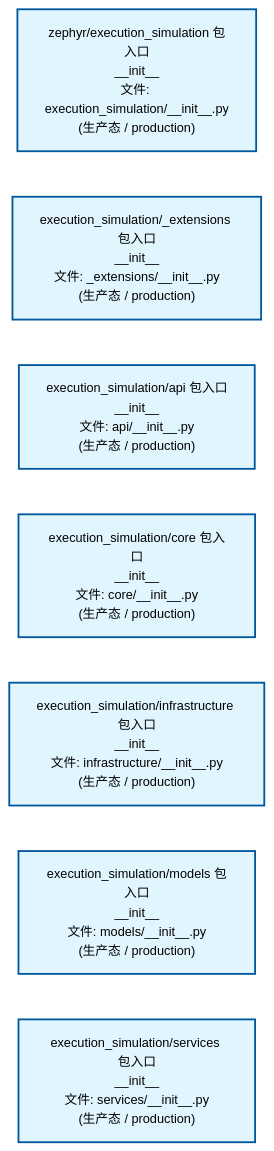
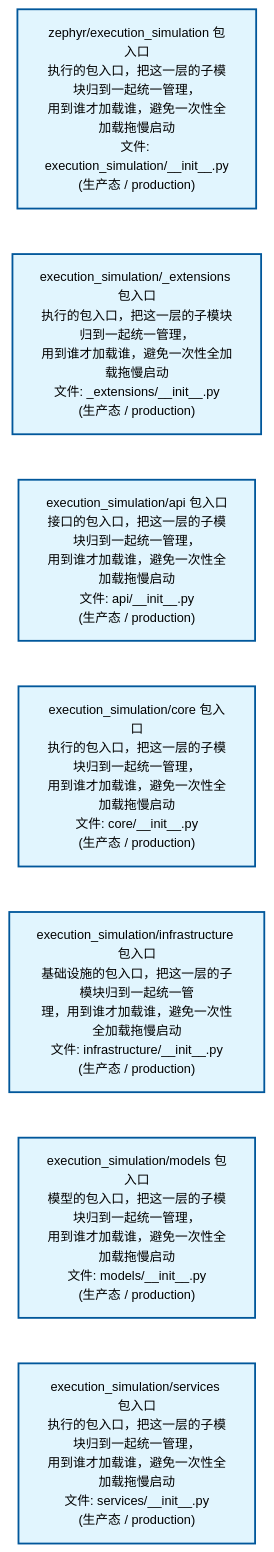
Before and after one commit to xuanFelixVan/ZephyrAlpha: the second of 2 diagrams in docs/02_enterprise_architecture/02_domain_architecture_docs/43_d_exec_sim.md, drawn with Mermaid. The commit also changed other lines of this file and 63 other files, not shown here.

````diff
--- a/docs/02_enterprise_architecture/02_domain_architecture_docs/43_d_exec_sim.md
+++ b/docs/02_enterprise_architecture/02_domain_architecture_docs/43_d_exec_sim.md
@@ -80,22 +80,22 @@
 ```mermaid
 %%{init: {'theme': 'base', 'themeVariables': {'primaryColor': '#eaeaea', 'primaryTextColor': '#333333', 'primaryBorderColor': '#666666', 'lineColor': '#666666', 'secondaryColor': '#eaeaea', 'tertiaryColor': '#eaeaea', 'fontSize': '14px'}}}%%
 flowchart TD
-    src_zephyr_execution_simulation_init_py["zephyr/execution_simulation 包入口<br/>__init__<br/>文件: execution_simulation/__init__.py<br/>(生产态 / production)"]
-    src_zephyr_execution_simulation_extensions_init_py["execution_simulation/_extensions 包入口<br/>__init__<br/>文件: _extensions/__init__.py<br/>(生产态 / production)"]
-    src_zephyr_execution_simulation_api_init_py["execution_simulation/api 包入口<br/>__init__<br/>文件: api/__init__.py<br/>(生产态 / production)"]
-    src_zephyr_execution_simulation_core_init_py["execution_simulation/core 包入口<br/>__init__<br/>文件: core/__init__.py<br/>(生产态 / production)"]
-    src_zephyr_execution_simulation_infrastructure_init_py["execution_simulation/infrastructure 包入口<br/>__init__<br/>文件: infrastructure/__init__.py<br/>(生产态 / production)"]
-    src_zephyr_execution_simulation_models_init_py["execution_simulation/models 包入口<br/>__init__<br/>文件: models/__init__.py<br/>(生产态 / production)"]
-    src_zephyr_execution_simulation_services_init_py["execution_simulation/services 包入口<br/>__init__<br/>文件: services/__init__.py<br/>(生产态 / production)"]
+    src_zephyr_execution_simulation_init_py["zephyr/execution_simulation 包入口<br/>执行的包入口，把这一层的子模块归到一起统一管理，<br/>用到谁才加载谁，避免一次性全加载拖慢启动<br/>文件: execution_simulation/__init__.py<br/>(生产态 / production)"]
+    src_zephyr_execution_simulation_extensions_init_py["execution_simulation/_extensions 包入口<br/>执行的包入口，把这一层的子模块归到一起统一管理，<br/>用到谁才加载谁，避免一次性全加载拖慢启动<br/>文件: _extensions/__init__.py<br/>(生产态 / production)"]
+    src_zephyr_execution_simulation_api_init_py["execution_simulation/api 包入口<br/>接口的包入口，把这一层的子模块归到一起统一管理，<br/>用到谁才加载谁，避免一次性全加载拖慢启动<br/>文件: api/__init__.py<br/>(生产态 / production)"]
+    src_zephyr_execution_simulation_core_init_py["execution_simulation/core 包入口<br/>执行的包入口，把这一层的子模块归到一起统一管理，<br/>用到谁才加载谁，避免一次性全加载拖慢启动<br/>文件: core/__init__.py<br/>(生产态 / production)"]
+    src_zephyr_execution_simulation_infrastructure_init_py["execution_simulation/infrastructure 包入口<br/>基础设施的包入口，把这一层的子模块归到一起统一管<br/>理，用到谁才加载谁，避免一次性全加载拖慢启动<br/>文件: infrastructure/__init__.py<br/>(生产态 / production)"]
+    src_zephyr_execution_simulation_models_init_py["execution_simulation/models 包入口<br/>模型的包入口，把这一层的子模块归到一起统一管理，<br/>用到谁才加载谁，避免一次性全加载拖慢启动<br/>文件: models/__init__.py<br/>(生产态 / production)"]
+    src_zephyr_execution_simulation_services_init_py["execution_simulation/services 包入口<br/>执行的包入口，把这一层的子模块归到一起统一管理，<br/>用到谁才加载谁，避免一次性全加载拖慢启动<br/>文件: services/__init__.py<br/>(生产态 / production)"]
     src_zephyr_execution_simulation_init_py ~~~ src_zephyr_execution_simulation_extensions_init_py
     src_zephyr_execution_simulation_extensions_init_py ~~~ src_zephyr_execution_simulation_api_init_py
     src_zephyr_execution_simulation_api_init_py ~~~ src_zephyr_execution_simulation_core_init_py
     src_zephyr_execution_simulation_core_init_py ~~~ src_zephyr_execution_simulation_infrastructure_init_py
     src_zephyr_execution_simulation_infrastructure_init_py ~~~ src_zephyr_execution_simulation_models_init_py
     src_zephyr_execution_simulation_models_init_py ~~~ src_zephyr_execution_simulation_services_init_py
     classDef production fill:#e1f5fe,stroke:#01579b,stroke-width:2px,color:#000
     classDef design fill:#fff3e0,stroke:#e65100,stroke-width:2px,color:#000,stroke-dasharray: 5 5
     classDef external_prod fill:#e8f4fd,stroke:#0277bd,stroke-width:1px,color:#000
     classDef external_design fill:#fff8e7,stroke:#ef6c00,stroke-width:1px,color:#000,stroke-dasharray: 5 5
     class src_zephyr_execution_simulation_init_py,src_zephyr_execution_simulation_extensions_init_py,src_zephyr_execution_simulation_api_init_py,src_zephyr_execution_simulation_core_init_py,src_zephyr_execution_simulation_infrastructure_init_py,src_zephyr_execution_simulation_models_init_py,src_zephyr_execution_simulation_services_init_py production
 ```
````
